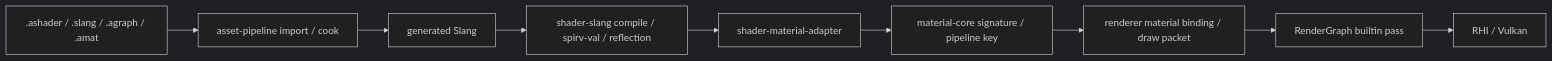
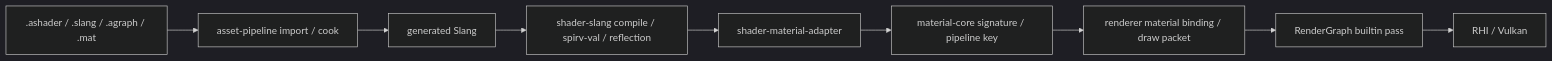
The diagram in docs/systems/shader-material-authoring.md (66six11/Engine), drawn with Mermaid (dark theme) before and after one commit. The commit also changed other lines of this file and 20 other files, not shown here.

````diff
--- a/docs/systems/shader-material-authoring.md
+++ b/docs/systems/shader-material-authoring.md
@@ -256,21 +256,21 @@
 ```mermaid
 flowchart LR
-    Source[".ashader / .slang / .agraph / .amat"]
+    Source[".ashader / .slang / .agraph / .mat"]
     Import["asset-pipeline import / cook"]
     Generated["generated Slang"]
     Slang["shader-slang compile / spirv-val / reflection"]
     Adapter["shader-material-adapter"]
     Material["material-core signature / pipeline key"]
     Renderer["renderer material binding / draw packet"]
     RG["RenderGraph builtin pass"]
     RHI["RHI / Vulkan"]
 
     Source --> Import
     Import --> Generated
     Generated --> Slang
     Slang --> Adapter
     Adapter --> Material
     Material --> Renderer
     Renderer --> RG
     RG --> RHI
 ```
````
